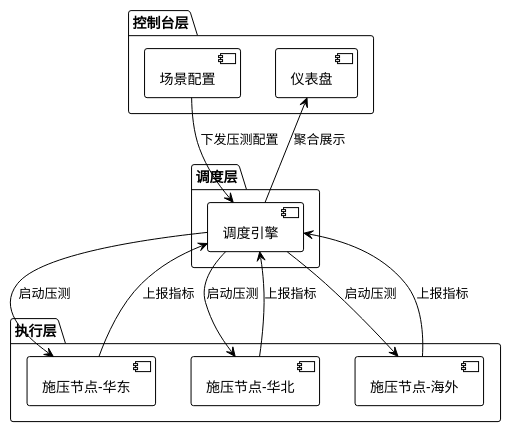
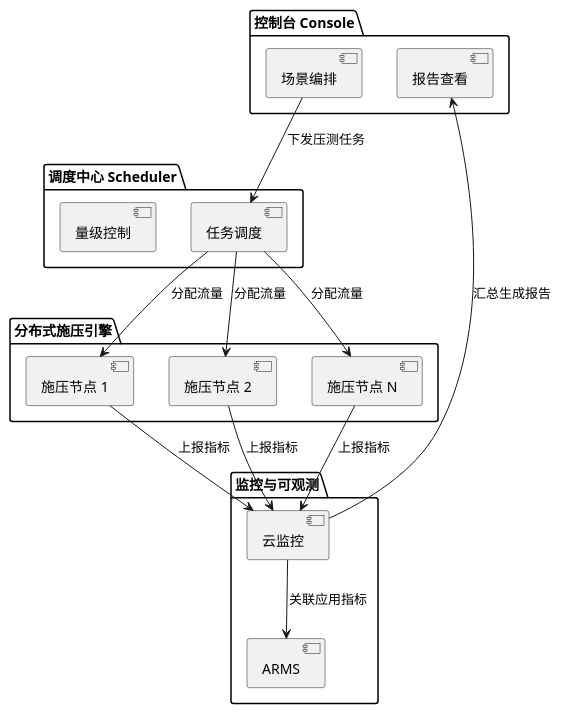
Before and after one commit to warmoss/coduct: the first of 2 diagrams in 其他/阿里云PTS原理讲解.adoc, drawn with PlantUML. The commit also changed other lines of this file and 10 other files, not shown here.

Commit message:
support plantuml

```diff
--- a/其他/阿里云PTS原理讲解.adoc
+++ b/其他/阿里云PTS原理讲解.adoc
@@ -55,31 +35,35 @@
-[plantuml, "PTS 架构简图", format=png]
+[plantuml, "PTS 架构概览", format=png]
 ----
 @startuml
-!theme plain
-skinparam backgroundColor #FFFFFF
-
-package "控制台层" {
-  [场景配置] as config
-  [仪表盘] as dashboard
+package "控制台 Console" {
+  [场景编排] as scene
+  [报告查看] as report
 }
 
-package "调度层" {
-  [调度引擎] as scheduler
+package "调度中心 Scheduler" {
+  [任务调度] as dispatch
+  [量级控制] as scale
 }
 
-package "执行层" {
-  [施压节点-华东] as node1
-  [施压节点-华北] as node2
-  [施压节点-海外] as node3
+package "分布式施压引擎" {
+  [施压节点 1] as e1
+  [施压节点 2] as e2
+  [施压节点 N] as en
 }
 
-config --> scheduler : 下发压测配置
-scheduler --> node1 : 启动压测
-scheduler --> node2 : 启动压测
-scheduler --> node3 : 启动压测
-node1 --> scheduler : 上报指标
-node2 --> scheduler : 上报指标
-node3 --> scheduler : 上报指标
-scheduler --> dashboard : 聚合展示
+package "监控与可观测" {
+  [云监控] as cms
+  [ARMS] as arms
+}
+
+scene --> dispatch : 下发压测任务
+dispatch --> e1 : 分配流量
+dispatch --> e2 : 分配流量
+dispatch --> en : 分配流量
+e1 --> cms : 上报指标
+e2 --> cms : 上报指标
+en --> cms : 上报指标
+cms --> arms : 关联应用指标
+cms --> report : 汇总生成报告
 @enduml
 ----
```
